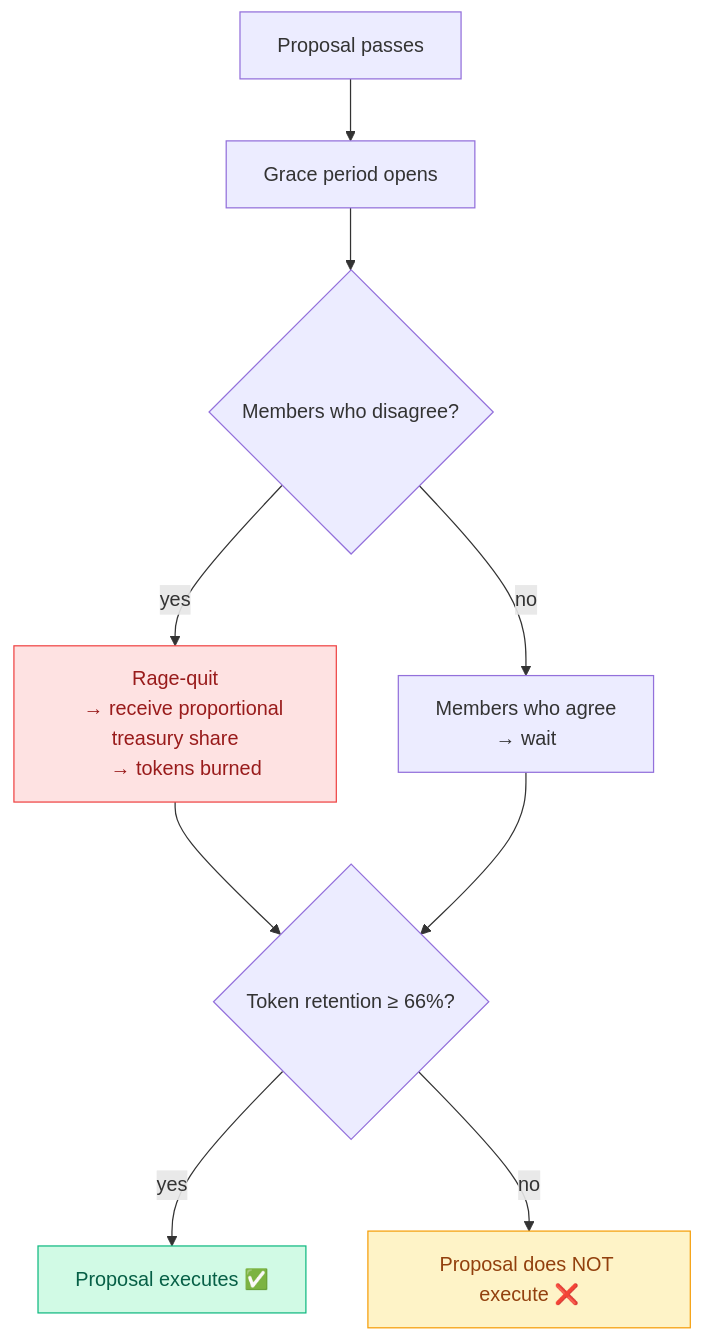
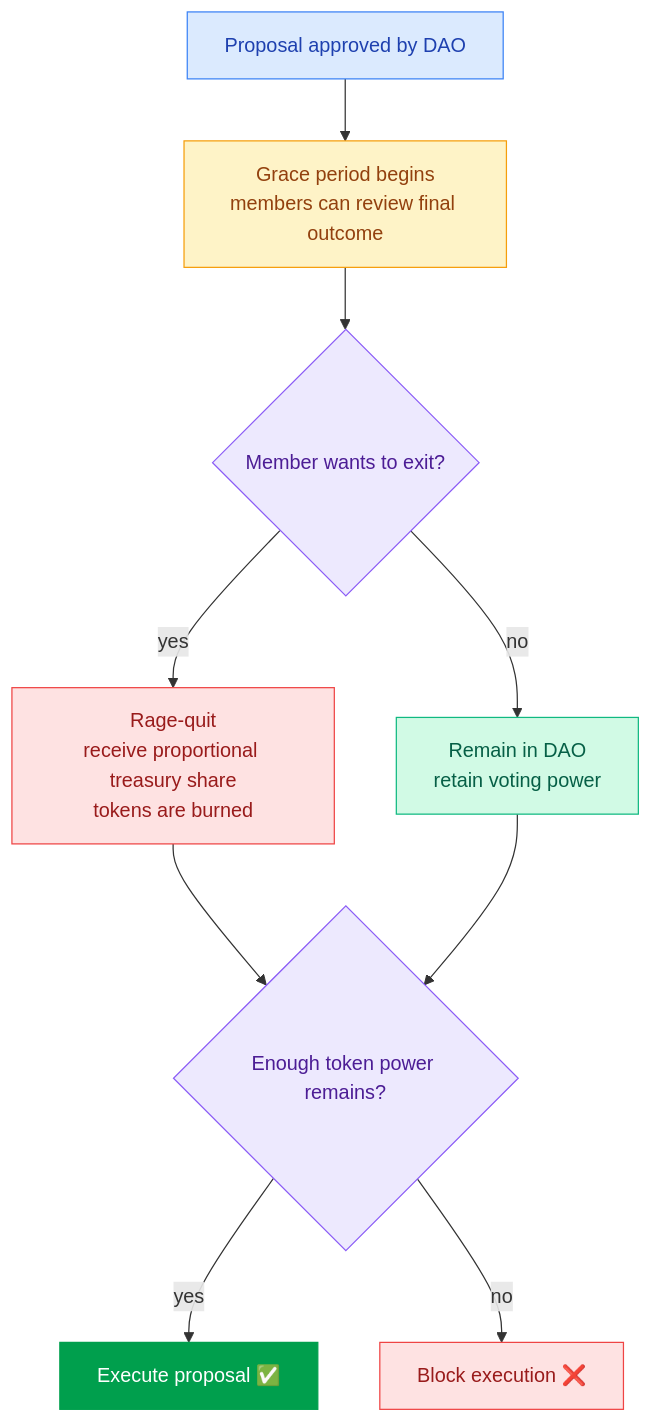
One commit to wasalo/Kokonut-Public-Site changed the diagram in ecosystem-wiki/the-kokonut-dao/kokonut-moloch-dao.mdx. Above: the diagram before and after it, drawn with Mermaid. The commit also changed 3 other files, not shown here.

````diff
--- a/ecosystem-wiki/the-kokonut-dao/kokonut-moloch-dao.mdx
+++ b/ecosystem-wiki/the-kokonut-dao/kokonut-moloch-dao.mdx
@@ -92,27 +92,31 @@
 ```mermaid
 flowchart TD
-    A["Proposal passes"]
-    B["Grace period opens"]
-    C{"Members who disagree?"}
-    D["Rage-quit
-    → receive proportional treasury share
-    → tokens burned"]
-    E["Members who agree
-    → wait"]
-    F{"Token retention ≥ 66%?"}
-    G["Proposal executes ✅"]
-    H["Proposal does NOT execute ❌"]
+    A["Proposal approved by DAO"]
+    B["Grace period begins\nmembers can review final outcome"]
+    C{"Member wants to exit?"}
+
+    D["Rage-quit\nreceive proportional treasury share\ntokens are burned"]
+    E["Remain in DAO\nretain voting power"]
+
+    F{"Enough token power remains?"}
+    G["Execute proposal ✅"]
+    H["Block execution ❌"]
 
     A --> B
     B --> C
-    C -->|yes| D
-    C -->|no| E
+    C -->|"yes"| D
+    C -->|"no"| E
     D --> F
     E --> F
-    F -->|yes| G
-    F -->|no| H
+    F -->|"yes"| G
+    F -->|"no"| H
 
+    style A fill:#dbeafe,stroke:#3b82f6,color:#1e40af
+    style B fill:#fef3c7,stroke:#f59e0b,color:#92400e
+    style C fill:#ede9fe,stroke:#8b5cf6,color:#4c1d95
     style D fill:#fee2e2,stroke:#ef4444,color:#991b1b
-    style G fill:#d1fae5,stroke:#10b981,color:#065f46
-    style H fill:#fef3c7,stroke:#f59e0b,color:#92400e
+    style E fill:#d1fae5,stroke:#10b981,color:#065f46
+    style F fill:#ede9fe,stroke:#8b5cf6,color:#4c1d95
+    style G fill:#009F4D,stroke:#009F4D,color:#ffffff
+    style H fill:#fee2e2,stroke:#ef4444,color:#991b1b
 ```
````
